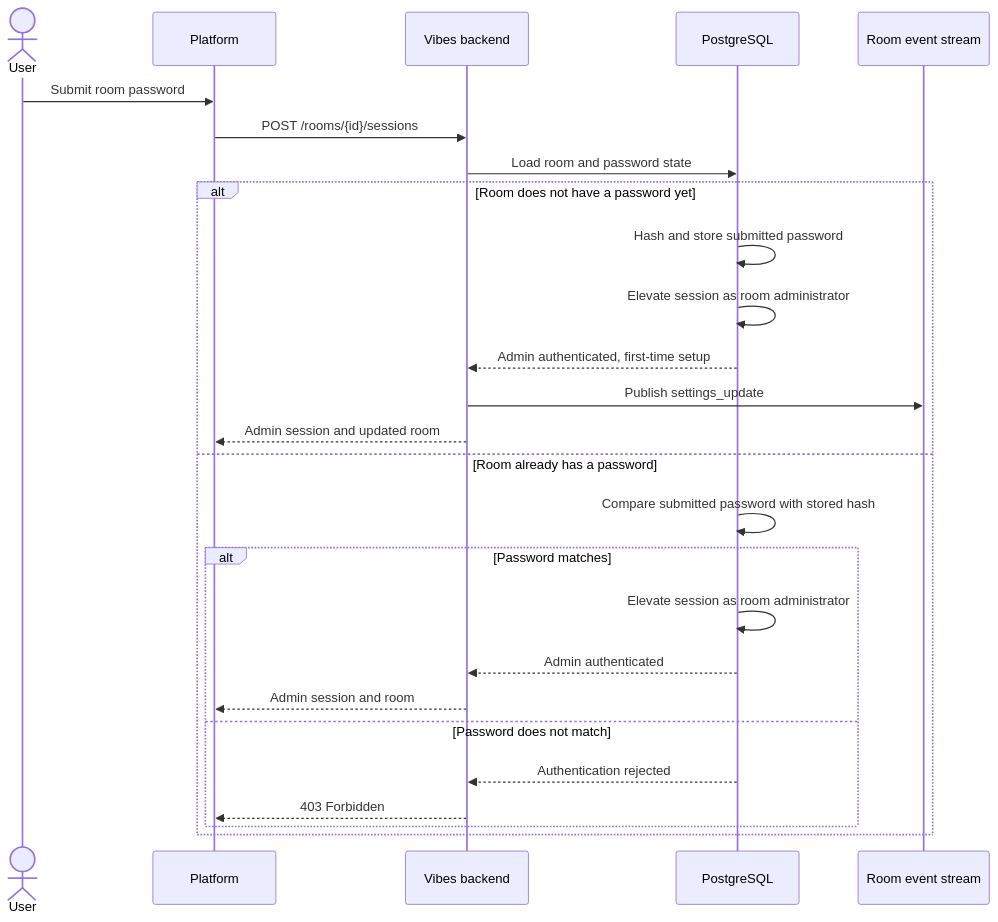
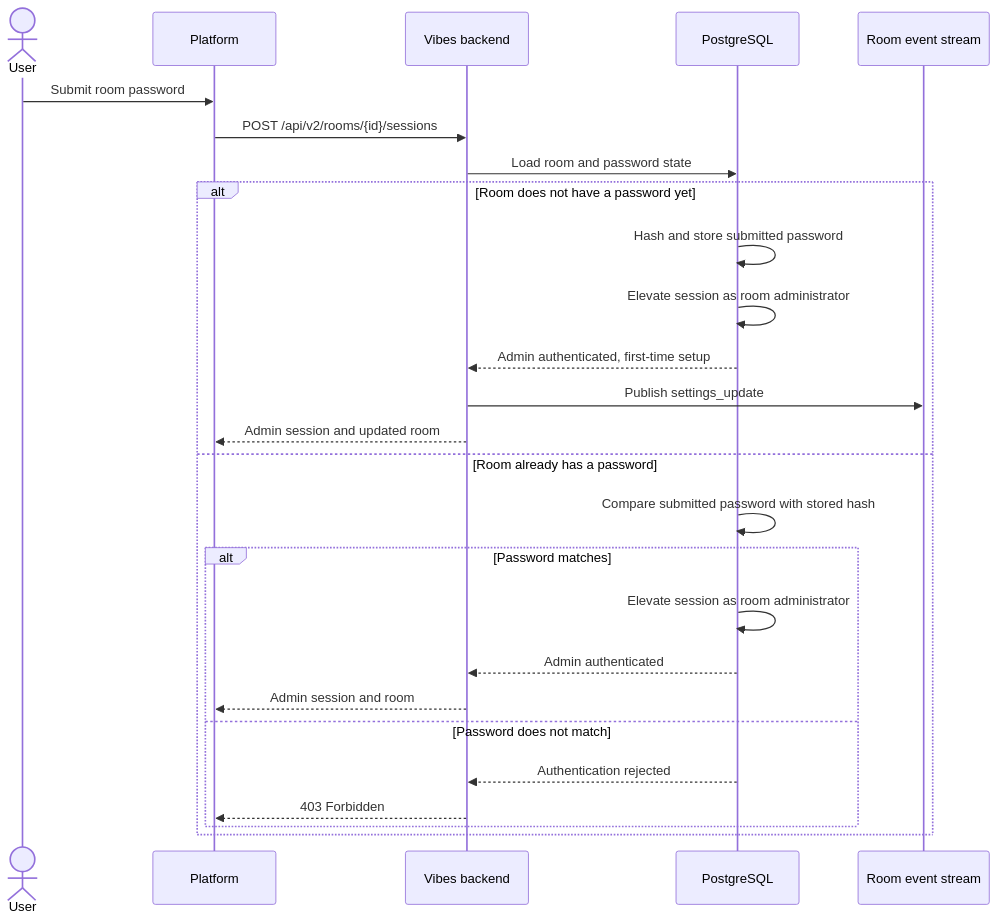
The second of 2 diagrams in docs/flows/sessions.md (zoff-music/vibes-backend), drawn with Mermaid before and after one commit. The commit also changed other lines of this file and 47 other files, not shown here.

````diff
--- a/docs/flows/sessions.md
+++ b/docs/flows/sessions.md
@@ -57,30 +56,30 @@
 ```mermaid
 sequenceDiagram
     actor User
     participant Platform
     participant API as Vibes backend
     participant DB as PostgreSQL
     participant Events as Room event stream
 
     User->>Platform: Submit room password
-    Platform->>API: POST /rooms/{id}/sessions
+    Platform->>API: POST /api/v2/rooms/{id}/sessions
     API->>DB: Load room and password state
 
     alt Room does not have a password yet
         DB->>DB: Hash and store submitted password
         DB->>DB: Elevate session as room administrator
         DB-->>API: Admin authenticated, first-time setup
         API->>Events: Publish settings_update
         API-->>Platform: Admin session and updated room
     else Room already has a password
         DB->>DB: Compare submitted password with stored hash
         alt Password matches
             DB->>DB: Elevate session as room administrator
             DB-->>API: Admin authenticated
             API-->>Platform: Admin session and room
         else Password does not match
             DB-->>API: Authentication rejected
             API-->>Platform: 403 Forbidden
         end
     end
 ```
````
